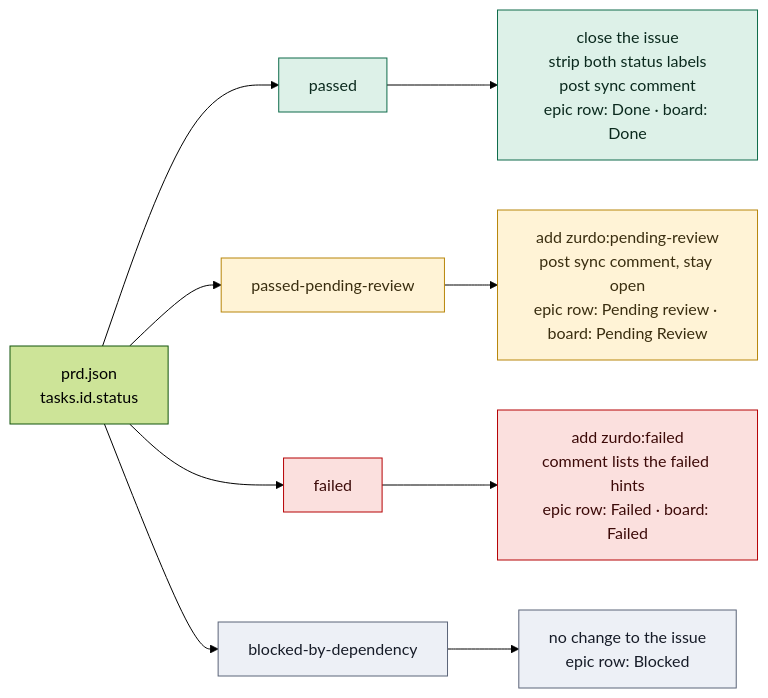
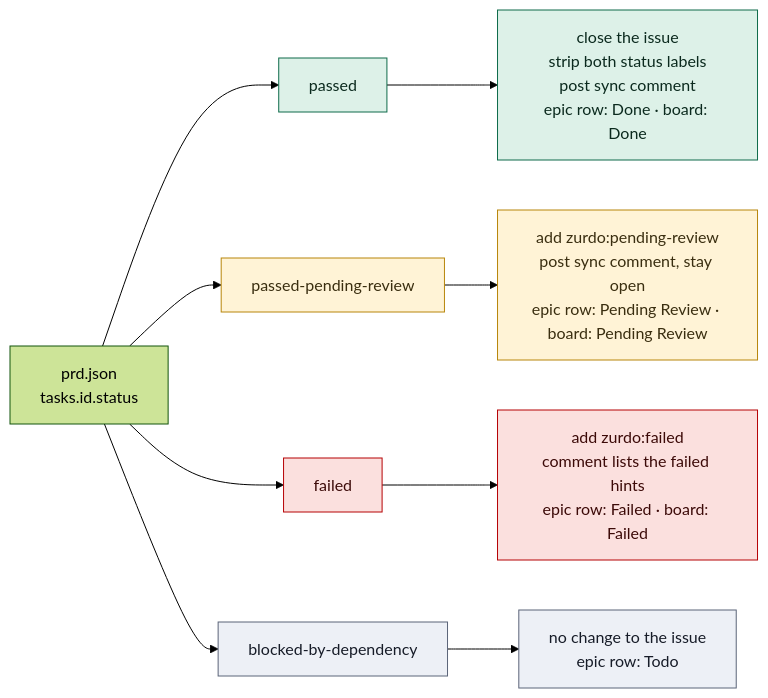
The fourth of 7 diagrams in docs/guides/zurdo-github-journey.md (ElOrlis/perro-skills), drawn with Mermaid (forest theme) before and after one commit. The commit also changed other lines of this file and 5 other files, not shown here.

First line of the commit message:
docs(zurdo): add the skills field guide and reconcile sync-status docs with the script

````diff
--- a/docs/guides/zurdo-github-journey.md
+++ b/docs/guides/zurdo-github-journey.md
@@ -273,20 +273,20 @@
 ```mermaid
 flowchart LR
   J["prd.json<br/>tasks.id.status"]
   J --> P["passed"]
   J --> R["passed-pending-review"]
   J --> F["failed"]
   J --> B["blocked-by-dependency"]
   P --> P1["close the issue<br/>strip both status labels<br/>post sync comment<br/>epic row: Done · board: Done"]
-  R --> R1["add zurdo:pending-review<br/>post sync comment, stay open<br/>epic row: Pending review · board: Pending Review"]
+  R --> R1["add zurdo:pending-review<br/>post sync comment, stay open<br/>epic row: Pending Review · board: Pending Review"]
   F --> F1["add zurdo:failed<br/>comment lists the failed hints<br/>epic row: Failed · board: Failed"]
-  B --> B1["no change to the issue<br/>epic row: Blocked"]
+  B --> B1["no change to the issue<br/>epic row: Todo"]
   classDef ok fill:#DDF1E8,stroke:#0E6B4A,color:#0B2A1E;
   classDef pend fill:#FFF3D6,stroke:#B8860B,color:#3A2E10;
   classDef bad fill:#FBE0DE,stroke:#B60205,color:#3C0A08;
   classDef blk fill:#EDF0F6,stroke:#5B6478,color:#171C28;
   class P,P1 ok;
   class R,R1 pend;
   class F,F1 bad;
   class B,B1 blk;
 ```
````
